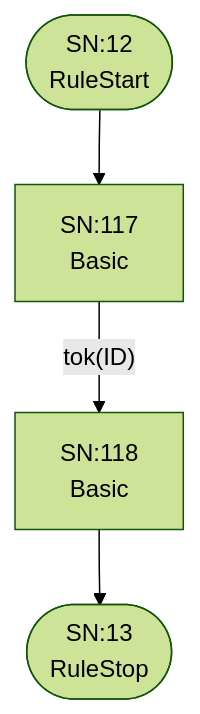
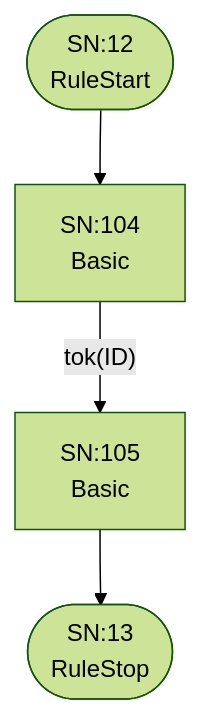
One commit to TypeFox/fastbelt changed the seventh of 25 diagrams in internal/grammar/atn.md. Above: the diagram before and after it, drawn with Mermaid (forest theme). The commit also changed other lines of this file and 4 other files, not shown here.

````diff
--- a/internal/grammar/atn.md
+++ b/internal/grammar/atn.md
@@ -209,11 +183,11 @@
 ```mermaid
 flowchart TD
     q12(["SN:12<br/>RuleStart"])
     q13(["SN:13<br/>RuleStop"])
-    q117["SN:117<br/>Basic<br/>"]
-    q118["SN:118<br/>Basic<br/>"]
+    q104["SN:104<br/>Basic<br/>"]
+    q105["SN:105<br/>Basic<br/>"]
 
-    q12 --> q117
-    q117 -->|"tok(ID)"| q118
-    q118 --> q13
+    q12 --> q104
+    q104 -->|"tok(ID)"| q105
+    q105 --> q13
 ```
````
